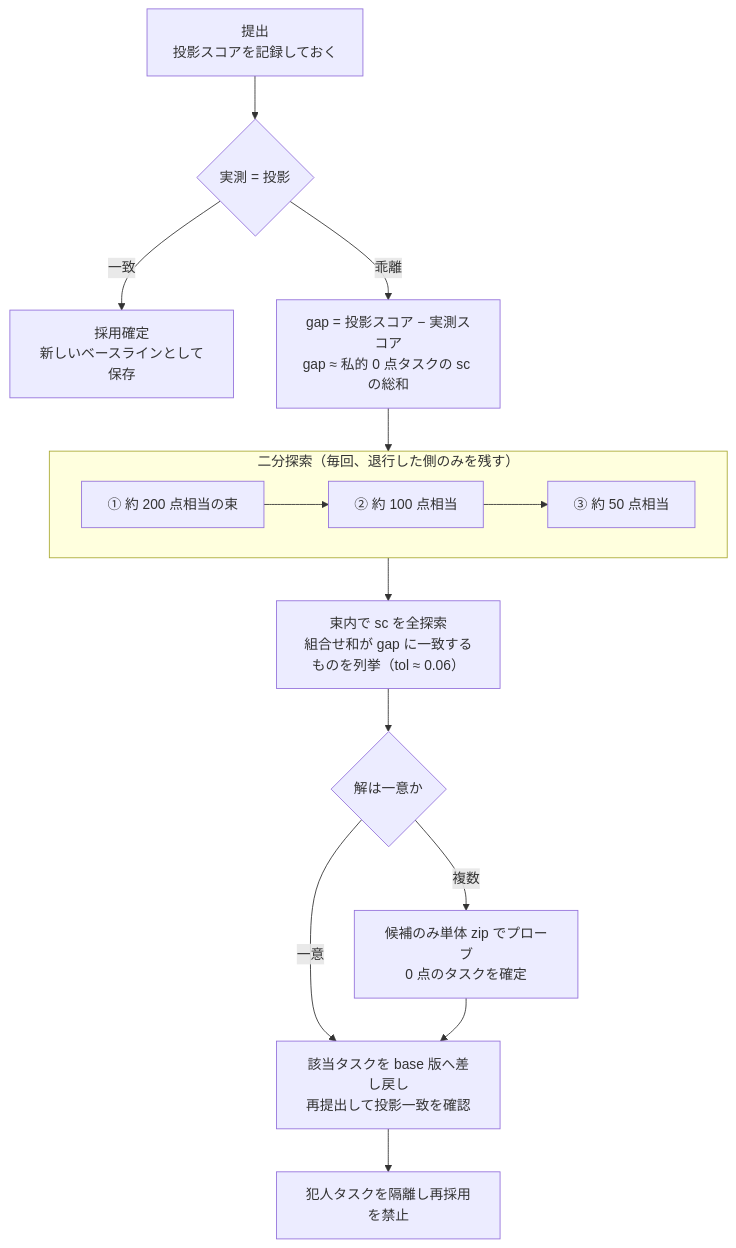
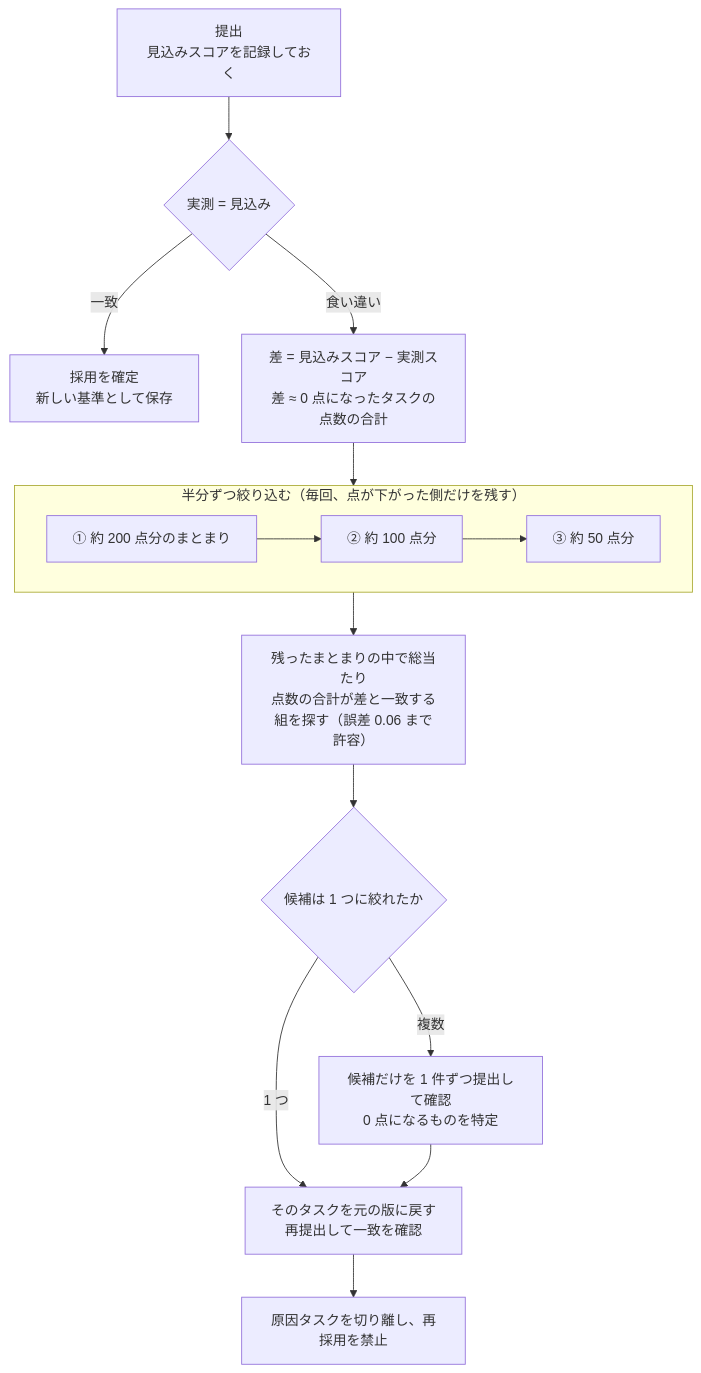
Before and after one commit to Kimurist2024/neurogolf-solution: the second of 2 diagrams in README.md, drawn with Mermaid. The commit also changed other lines of this file, not shown here.

````diff
--- a/README.md
+++ b/README.md
@@ -318,19 +336,19 @@
 ```mermaid
 flowchart TB
-    S["提出<br/>投影スコアを記録しておく"] --> C{"実測 = 投影"}
-    C -- "一致" --> OK["採用確定<br/>新しいベースラインとして保存"]
-    C -- "乖離" --> G["gap = 投影スコア − 実測スコア<br/>gap ≈ 私的 0 点タスクの sc の総和"]
+    S["提出<br/>見込みスコアを記録しておく"] --> C{"実測 = 見込み"}
+    C -- "一致" --> OK["採用を確定<br/>新しい基準として保存"]
+    C -- "食い違い" --> G["差 = 見込みスコア − 実測スコア<br/>差 ≈ 0 点になったタスクの点数の合計"]
     G --> BS
 
-    subgraph BS["二分探索（毎回、退行した側のみを残す）"]
+    subgraph BS["半分ずつ絞り込む（毎回、点が下がった側だけを残す）"]
         direction LR
-        B1["① 約 200 点相当の束"] --> B2["② 約 100 点相当"] --> B3["③ 約 50 点相当"]
+        B1["① 約 200 点分のまとまり"] --> B2["② 約 100 点分"] --> B3["③ 約 50 点分"]
     end
 
-    BS --> E["束内で sc を全探索<br/>組合せ和が gap に一致するものを列挙（tol ≈ 0.06）"]
-    E --> U{"解は一意か"}
-    U -- "一意" --> R["該当タスクを base 版へ差し戻し<br/>再提出して投影一致を確認"]
-    U -- "複数" --> P["候補のみ単体 zip でプローブ<br/>0 点のタスクを確定"]
+    BS --> E["残ったまとまりの中で総当たり<br/>点数の合計が差と一致する組を探す（誤差 0.06 まで許容）"]
+    E --> U{"候補は 1 つに絞れたか"}
+    U -- "1 つ" --> R["そのタスクを元の版に戻す<br/>再提出して一致を確認"]
+    U -- "複数" --> P["候補だけを 1 件ずつ提出して確認<br/>0 点になるものを特定"]
     P --> R
-    R --> Q["犯人タスクを隔離し再採用を禁止"]
+    R --> Q["原因タスクを切り離し、再採用を禁止"]
 ```
````
